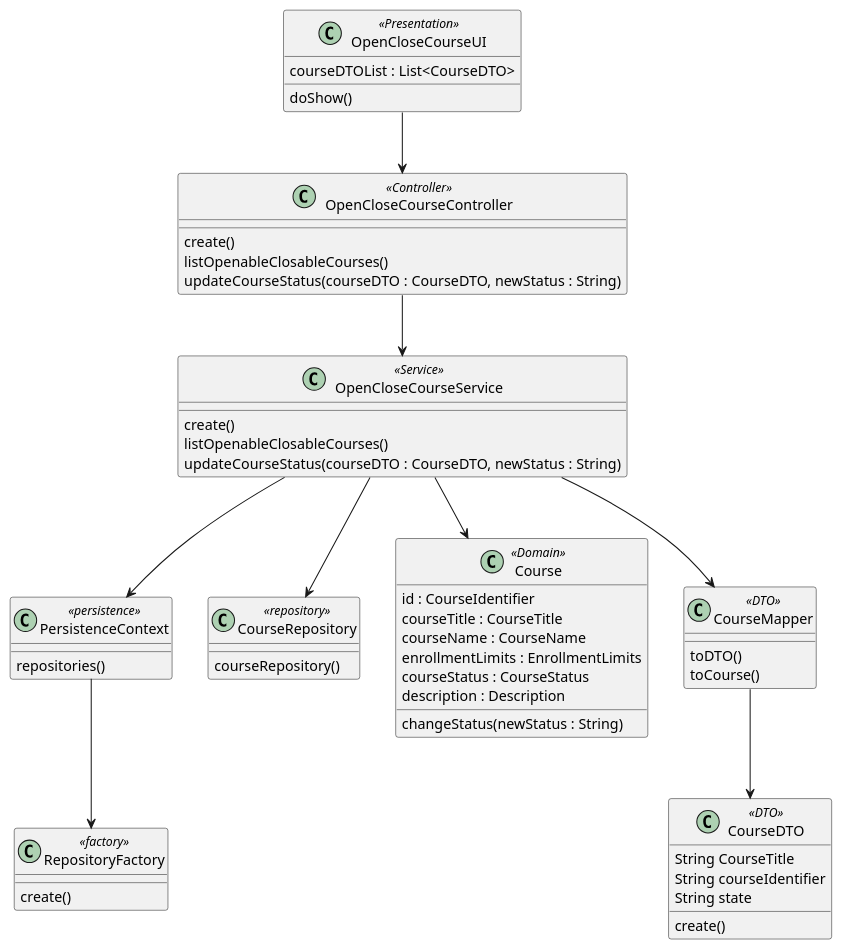
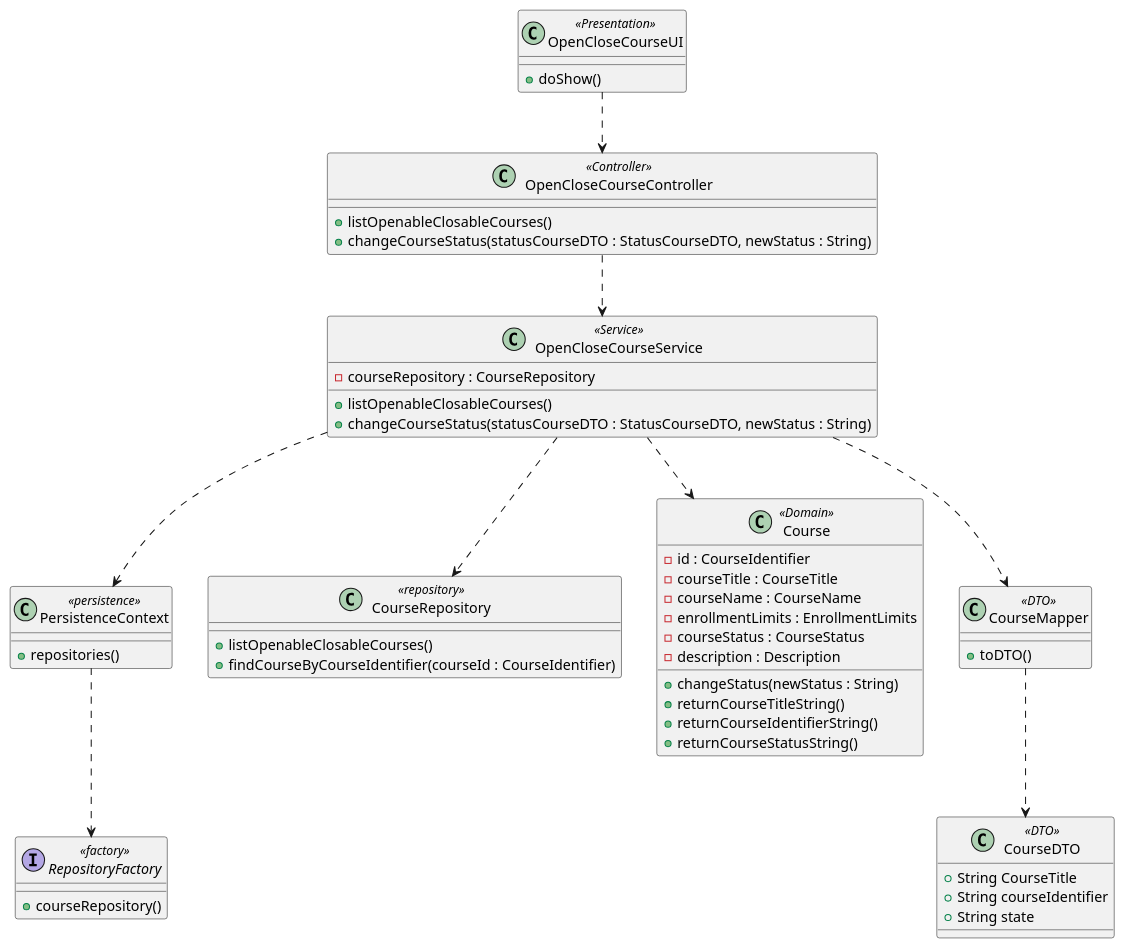
The diagram in docs/Sprint_B/us_1004/us_1004_CD.puml (Marco-Nobrega-Andrade/sem4pi_22_23), drawn with PlantUML before and after one commit. The commit also changed 2 other files, not shown here.

```diff
--- a/docs/Sprint_B/us_1004/us_1004_CD.puml
+++ b/docs/Sprint_B/us_1004/us_1004_CD.puml
@@ -1,59 +1,59 @@
 @startuml
 'https://plantuml.com/class-diagram
 
 
 class OpenCloseCourseUI <<Presentation>>{
-    courseDTOList : List<CourseDTO>
-    doShow()
+    + doShow()
 }
 class OpenCloseCourseController <<Controller>>{
-    create()
-    listOpenableClosableCourses()
-    updateCourseStatus(courseDTO : CourseDTO, newStatus : String)
+    + listOpenableClosableCourses()
+    + changeCourseStatus(statusCourseDTO : StatusCourseDTO, newStatus : String)
 }
 
 class OpenCloseCourseService  <<Service>> {
-    create()
-    listOpenableClosableCourses()
-    updateCourseStatus(courseDTO : CourseDTO, newStatus : String)
+    - courseRepository : CourseRepository
+    + listOpenableClosableCourses()
+    + changeCourseStatus(statusCourseDTO : StatusCourseDTO, newStatus : String)
 }
 class PersistenceContext  <<persistence>> {
-    repositories()
+    + repositories()
 }
-class RepositoryFactory  <<factory>> {
-    create()
+Interface RepositoryFactory  <<factory>> {
+    + courseRepository()
 }
 class CourseRepository  <<repository>> {
-    courseRepository()
+    + listOpenableClosableCourses()
+    + findCourseByCourseIdentifier(courseId : CourseIdentifier)
 }
 class Course <<Domain>> {
-    id : CourseIdentifier
-    courseTitle : CourseTitle
-    courseName : CourseName
-    enrollmentLimits : EnrollmentLimits
-    courseStatus : CourseStatus
-    description : Description
-    changeStatus(newStatus : String)
+    - id : CourseIdentifier
+    - courseTitle : CourseTitle
+    - courseName : CourseName
+    - enrollmentLimits : EnrollmentLimits
+    - courseStatus : CourseStatus
+    - description : Description
+    + changeStatus(newStatus : String)
+    + returnCourseTitleString()
+    + returnCourseIdentifierString()
+    + returnCourseStatusString()
 }
 class CourseDTO <<DTO>> {
-    String CourseTitle
-    String courseIdentifier
-    String state
-    create()
+    + String CourseTitle
+    + String courseIdentifier
+    + String state
 }
 class CourseMapper <<DTO>> {
-    toDTO()
-    toCourse()
+    + toDTO()
 }
 
-OpenCloseCourseUI --> OpenCloseCourseController
-OpenCloseCourseController --> OpenCloseCourseService
-OpenCloseCourseService --> PersistenceContext
-PersistenceContext --> RepositoryFactory
-OpenCloseCourseService --> CourseRepository
-OpenCloseCourseService --> CourseMapper
-CourseMapper --> CourseDTO
-OpenCloseCourseService --> Course
+OpenCloseCourseUI ..> OpenCloseCourseController
+OpenCloseCourseController ..> OpenCloseCourseService
+OpenCloseCourseService ..> PersistenceContext
+PersistenceContext ..> RepositoryFactory
+OpenCloseCourseService ..> CourseRepository
+OpenCloseCourseService ..> CourseMapper
+CourseMapper ..> CourseDTO
+OpenCloseCourseService ..> Course
 
 
 @enduml
```
